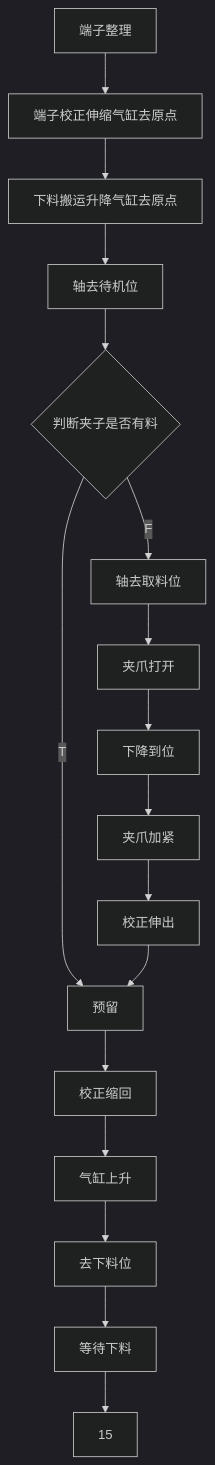
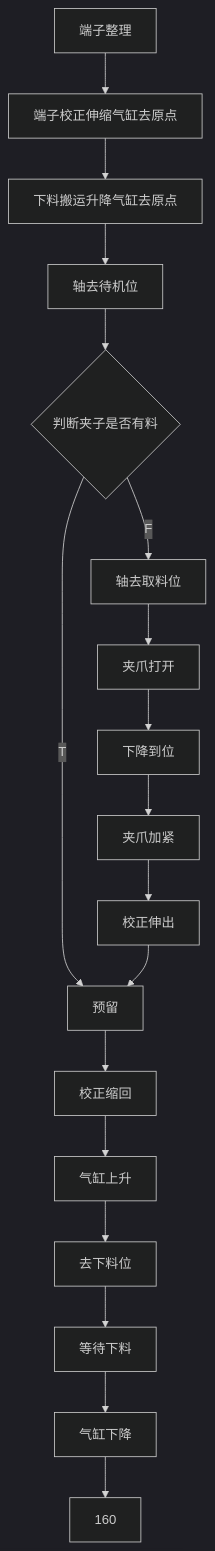
The diagram in all/VR-OP90端子整理.md (zmq000/iodraw-files), drawn with Mermaid (dark theme) before and after one commit.

Commit message:
2026-06-18 11:03:18 update

````diff
--- a/all/VR-OP90端子整理.md
+++ b/all/VR-OP90端子整理.md
@@ -1,23 +1,25 @@
 ```mermaid
 graph TD
 0[端子整理]-->10
 10[端子校正伸缩气缸去原点]-->20
 20[下料搬运升降气缸去原点]-->30
 30[轴去待机位]-->40
 40{判断夹子是否有料}-->|T|100
 40-->|F|50
 50[轴去取料位]-->60
 60[夹爪打开]-->70
 70[下降到位]-->80
 80[夹爪加紧]-->90
 90[校正伸出]-->100
 100[预留]-->110
 110[校正缩回]-->120
 120[气缸上升]-->130
 130[去下料位]-->140
-140[等待下料]-->15
+140[等待下料]-->150
+150[气缸下降]-->160
+160
 
 
 
   
 ```
````
